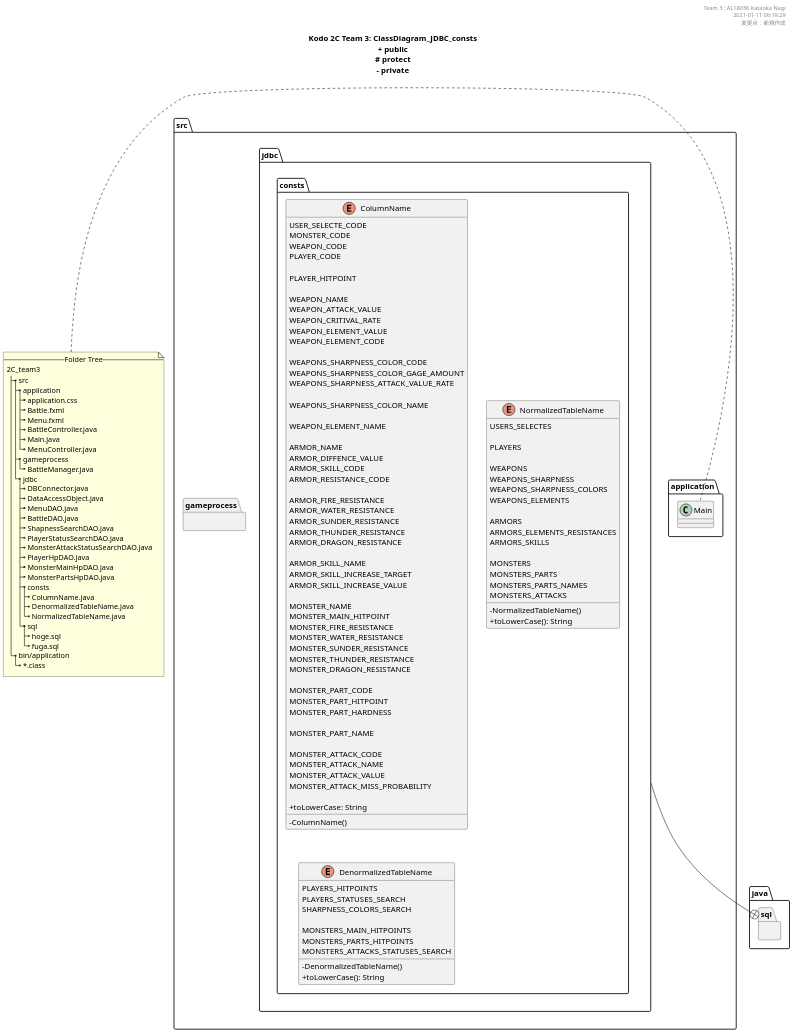
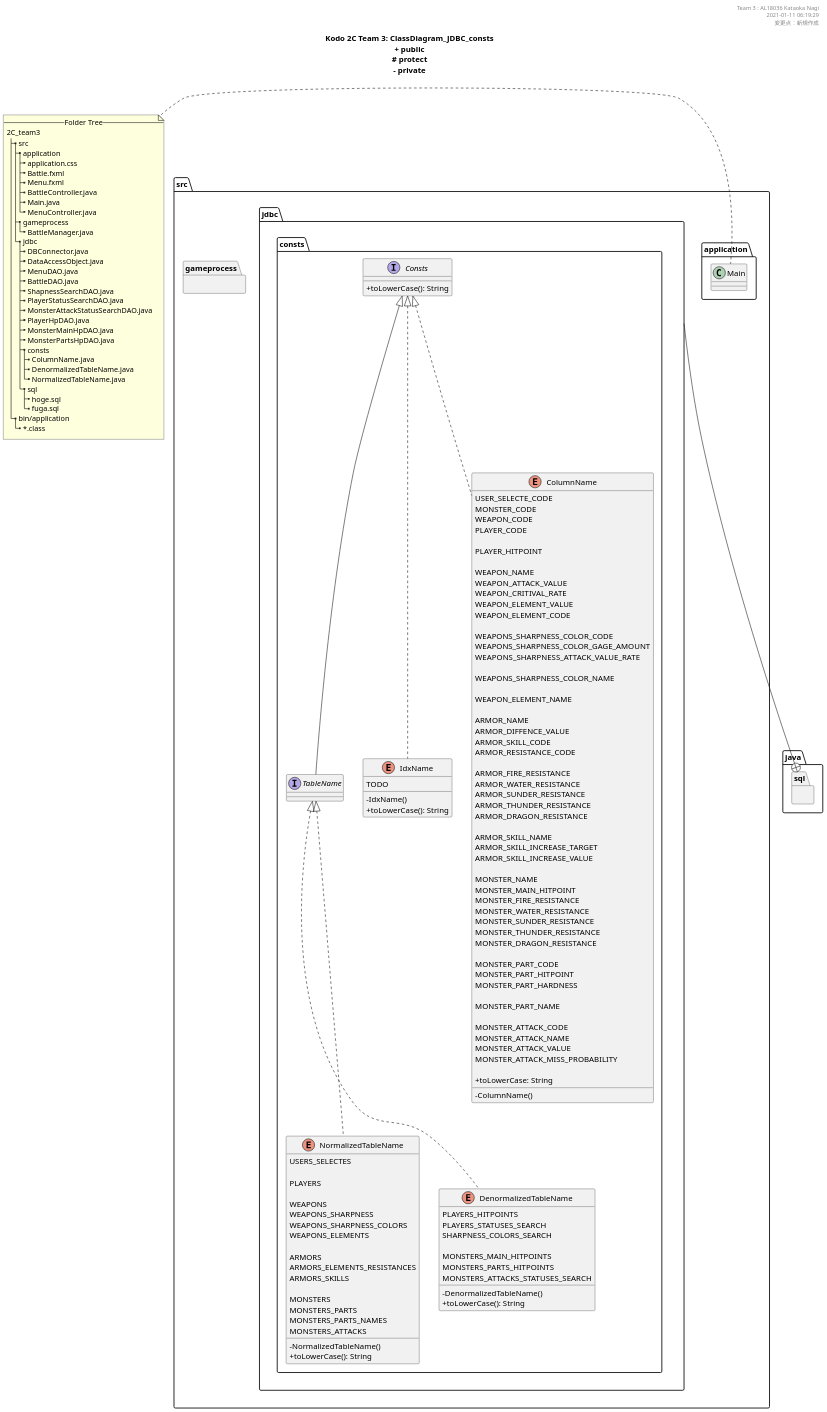
The diagram in uml/ClassDiagram_JDBC_consts.pu (KataokaNagi/2C_team3), drawn with PlantUML before and after one commit. The commit also changed 7 other files, not shown here.

Commit message:
追加：疑似拡張enum用のインターフェース，idxName（enum）

```diff
--- a/uml/ClassDiagram_JDBC_consts.pu
+++ b/uml/ClassDiagram_JDBC_consts.pu
@@ -136,148 +136,169 @@
 
 package src.jdbc {
   package src.jdbc.consts {
-  enum ColumnName {
 
-  ' /////////////////////////
-  ' // ユーザー選択
-  ' /////////////////////////
-  ' // ユーザー選択
-  USER_SELECTE_CODE
-  MONSTER_CODE
-  WEAPON_CODE
-  PLAYER_CODE
+''''''''''''''''''''''''''''''''''''''''''''''''''''''''''''  
 
-  ' /////////////////////////
-  ' // プレイヤー関係
-  ' /////////////////////////
-  ' // プレイヤー
-  PLAYER_HITPOINT
-
-  ' /////////////////////////
-  ' // 武器
-  ' /////////////////////////
-  ' // 武器
-  WEAPON_NAME
-  WEAPON_ATTACK_VALUE
-  WEAPON_CRITIVAL_RATE
-  WEAPON_ELEMENT_VALUE
-  WEAPON_ELEMENT_CODE
-
-  ' // 武器切れ味 ※不可算名詞
-  WEAPONS_SHARPNESS_COLOR_CODE
-  WEAPONS_SHARPNESS_COLOR_GAGE_AMOUNT
-  WEAPONS_SHARPNESS_ATTACK_VALUE_RATE
-
-  ' // 武器切れ味色
-  WEAPONS_SHARPNESS_COLOR_NAME
-
-  ' // 武器属性
-  WEAPON_ELEMENT_NAME
-
-  ' /////////////////////////
-  ' // 防具関係
-  ' /////////////////////////
-  ' // 防具
-  ARMOR_NAME
-  ARMOR_DIFFENCE_VALUE
-  ARMOR_SKILL_CODE
-  ARMOR_RESISTANCE_CODE
-
-  ' // 防具属性耐性
-  ARMOR_FIRE_RESISTANCE
-  ARMOR_WATER_RESISTANCE
-  ARMOR_SUNDER_RESISTANCE
-  ARMOR_THUNDER_RESISTANCE
-  ARMOR_DRAGON_RESISTANCE
-
-  ' // 防具スキル
-  ARMOR_SKILL_NAME
-  ARMOR_SKILL_INCREASE_TARGET
-  ARMOR_SKILL_INCREASE_VALUE
-
-  ' /////////////////////////
-  ' // モンスター関係
-  ' /////////////////////////
-  ' // モンスター
-  MONSTER_NAME
-  MONSTER_MAIN_HITPOINT
-  MONSTER_FIRE_RESISTANCE
-  MONSTER_WATER_RESISTANCE
-  MONSTER_SUNDER_RESISTANCE
-  MONSTER_THUNDER_RESISTANCE
-  MONSTER_DRAGON_RESISTANCE
-
-  ' // モンスター部位
-  MONSTER_PART_CODE
-  MONSTER_PART_HITPOINT
-  MONSTER_PART_HARDNESS
-
-  ' // モンスター部位名
-  MONSTER_PART_NAME
-
-  ' // モンスター攻撃
-  MONSTER_ATTACK_CODE
-  MONSTER_ATTACK_NAME
-  MONSTER_ATTACK_VALUE
-  MONSTER_ATTACK_MISS_PROBABILITY
-
-  - ColumnName()
-  + toLowerCase: String
+  interface Consts {
+    + toLowerCase(): String
   }
 
 ''''''''''''''''''''''''''''''''''''''''''''''''''''''''''''  
 
-enum NormalizedTableName {
-
-  ' // ユーザー選択
-  USERS_SELECTES
-
-  ' // プレイヤー関係
-  PLAYERS
-
-  ' // 武器関係
-  WEAPONS
-  WEAPONS_SHARPNESS
-  WEAPONS_SHARPNESS_COLORS
-  WEAPONS_ELEMENTS
-
-  ' // 防具関係
-  ARMORS
-  ARMORS_ELEMENTS_RESISTANCES
-  ARMORS_SKILLS
-
-  ' // モンスター関係
-  MONSTERS
-  MONSTERS_PARTS
-  MONSTERS_PARTS_NAMES
-  MONSTERS_ATTACKS
-
-  - NormalizedTableName()
-  + toLowerCase(): String
+  interface TableName extends Consts {
   }
 
 ''''''''''''''''''''''''''''''''''''''''''''''''''''''''''''  
 
-enum DenormalizedTableName {
+  enum IdxName implements Consts {
+    TODO
 
-  ' // ユーザー選択関係
-  ' // なし
+    - IdxName()
+    + toLowerCase(): String
+  }
 
-  ' // プレイヤー関係
-  PLAYERS_HITPOINTS
-  PLAYERS_STATUSES_SEARCH
-  SHARPNESS_COLORS_SEARCH
+''''''''''''''''''''''''''''''''''''''''''''''''''''''''''''  
 
-  ' // モンスター関係
-  MONSTERS_MAIN_HITPOINTS
-  MONSTERS_PARTS_HITPOINTS
-  MONSTERS_ATTACKS_STATUSES_SEARCH
+    enum ColumnName implements Consts {
 
-  - DenormalizedTableName()
-  + toLowerCase(): String
-}
+    ' /////////////////////////
+    ' // ユーザー選択
+    ' /////////////////////////
+    ' // ユーザー選択
+    USER_SELECTE_CODE
+    MONSTER_CODE
+    WEAPON_CODE
+    PLAYER_CODE
 
+    ' /////////////////////////
+    ' // プレイヤー関係
+    ' /////////////////////////
+    ' // プレイヤー
+    PLAYER_HITPOINT
 
+    ' /////////////////////////
+    ' // 武器
+    ' /////////////////////////
+    ' // 武器
+    WEAPON_NAME
+    WEAPON_ATTACK_VALUE
+    WEAPON_CRITIVAL_RATE
+    WEAPON_ELEMENT_VALUE
+    WEAPON_ELEMENT_CODE
+
+    ' // 武器切れ味 ※不可算名詞
+    WEAPONS_SHARPNESS_COLOR_CODE
+    WEAPONS_SHARPNESS_COLOR_GAGE_AMOUNT
+    WEAPONS_SHARPNESS_ATTACK_VALUE_RATE
+
+    ' // 武器切れ味色
+    WEAPONS_SHARPNESS_COLOR_NAME
+
+    ' // 武器属性
+    WEAPON_ELEMENT_NAME
+
+    ' /////////////////////////
+    ' // 防具関係
+    ' /////////////////////////
+    ' // 防具
+    ARMOR_NAME
+    ARMOR_DIFFENCE_VALUE
+    ARMOR_SKILL_CODE
+    ARMOR_RESISTANCE_CODE
+
+    ' // 防具属性耐性
+    ARMOR_FIRE_RESISTANCE
+    ARMOR_WATER_RESISTANCE
+    ARMOR_SUNDER_RESISTANCE
+    ARMOR_THUNDER_RESISTANCE
+    ARMOR_DRAGON_RESISTANCE
+
+    ' // 防具スキル
+    ARMOR_SKILL_NAME
+    ARMOR_SKILL_INCREASE_TARGET
+    ARMOR_SKILL_INCREASE_VALUE
+
+    ' /////////////////////////
+    ' // モンスター関係
+    ' /////////////////////////
+    ' // モンスター
+    MONSTER_NAME
+    MONSTER_MAIN_HITPOINT
+    MONSTER_FIRE_RESISTANCE
+    MONSTER_WATER_RESISTANCE
+    MONSTER_SUNDER_RESISTANCE
+    MONSTER_THUNDER_RESISTANCE
+    MONSTER_DRAGON_RESISTANCE
+
+    ' // モンスター部位
+    MONSTER_PART_CODE
+    MONSTER_PART_HITPOINT
+    MONSTER_PART_HARDNESS
+
+    ' // モンスター部位名
+    MONSTER_PART_NAME
+
+    ' // モンスター攻撃
+    MONSTER_ATTACK_CODE
+    MONSTER_ATTACK_NAME
+    MONSTER_ATTACK_VALUE
+    MONSTER_ATTACK_MISS_PROBABILITY
+
+    - ColumnName()
+    + toLowerCase: String
+    }
+
+''''''''''''''''''''''''''''''''''''''''''''''''''''''''''''  
+
+  enum NormalizedTableName implements TableName {
+
+    ' // ユーザー選択
+    USERS_SELECTES
+
+    ' // プレイヤー関係
+    PLAYERS
+
+    ' // 武器関係
+    WEAPONS
+    WEAPONS_SHARPNESS
+    WEAPONS_SHARPNESS_COLORS
+    WEAPONS_ELEMENTS
+
+    ' // 防具関係
+    ARMORS
+    ARMORS_ELEMENTS_RESISTANCES
+    ARMORS_SKILLS
+
+    ' // モンスター関係
+    MONSTERS
+    MONSTERS_PARTS
+    MONSTERS_PARTS_NAMES
+    MONSTERS_ATTACKS
+
+    - NormalizedTableName()
+    + toLowerCase(): String
+    }
+
+''''''''''''''''''''''''''''''''''''''''''''''''''''''''''''  
+
+  enum DenormalizedTableName implements TableName {
+
+    ' // ユーザー選択関係
+    ' // なし
+
+    ' // プレイヤー関係
+    PLAYERS_HITPOINTS
+    PLAYERS_STATUSES_SEARCH
+    SHARPNESS_COLORS_SEARCH
+
+    ' // モンスター関係
+    MONSTERS_MAIN_HITPOINTS
+    MONSTERS_PARTS_HITPOINTS
+    MONSTERS_ATTACKS_STATUSES_SEARCH
+
+    - DenormalizedTableName()
+    + toLowerCase(): String
+  }
 }
 
 ''''''''''''''''''''''''''''''''''''''''''''''''''''''''''''''''''''''''''''''''
```
